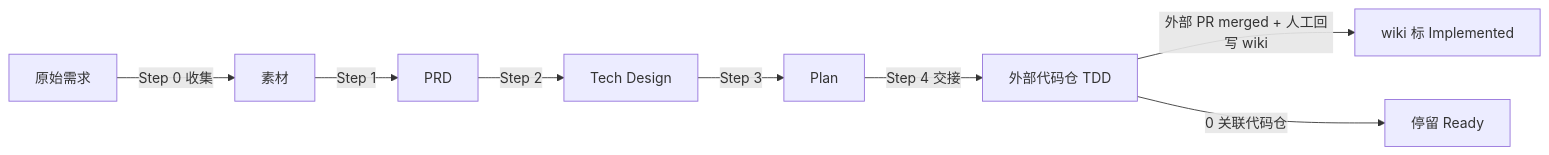
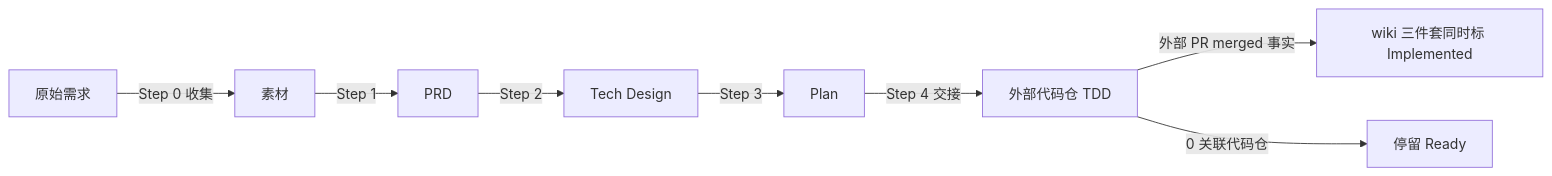
Before and after one commit to vanpipy/SSD-Template: the second of 3 diagrams in HOW_TO_USE.md, drawn with Mermaid. The commit also changed other lines of this file and 68 other files, not shown here.

````diff
--- a/HOW_TO_USE.md
+++ b/HOW_TO_USE.md
@@ -184,10 +191,10 @@
 ```mermaid
 flowchart LR
     A[原始需求] -->|Step 0 收集| B[素材]
     B -->|Step 1| C[PRD]
     C -->|Step 2| D[Tech Design]
     D -->|Step 3| E[Plan]
     E -->|Step 4 交接| F[外部代码仓 TDD]
-    F -->|外部 PR merged + 人工回写 wiki| G[wiki 标 Implemented]
+    F -->|外部 PR merged 事实| G[wiki 三件套同时标 Implemented]
     F -->|0 关联代码仓| H[停留 Ready]
 ```
````
